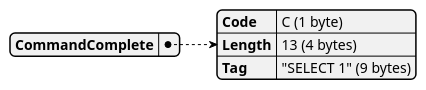
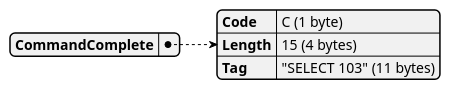
Before and after one commit to xfischer/pg_protoexport: diagram 27 of 28 in docs/examples/exports/pagila-05-extended-query-named-prepared-statement/capture.plantuml.pkt.md, drawn with PlantUML. The commit also changed other lines of this file and 135 other files, not shown here.

````diff
--- a/docs/examples/exports/pagila-05-extended-query-named-prepared-statement/capture.plantuml.pkt.md
+++ b/docs/examples/exports/pagila-05-extended-query-named-prepared-statement/capture.plantuml.pkt.md
@@ -414,11 +472,11 @@
 ```plantuml
 @startjson
 {
   "CommandComplete": {
     "Code": "C (1 byte)",
-    "Length": "13 (4 bytes)",
-    "Tag": "\"SELECT 1\" (9 bytes)"
+    "Length": "15 (4 bytes)",
+    "Tag": "\"SELECT 103\" (11 bytes)"
   }
 }
 @endjson
 ```
````
